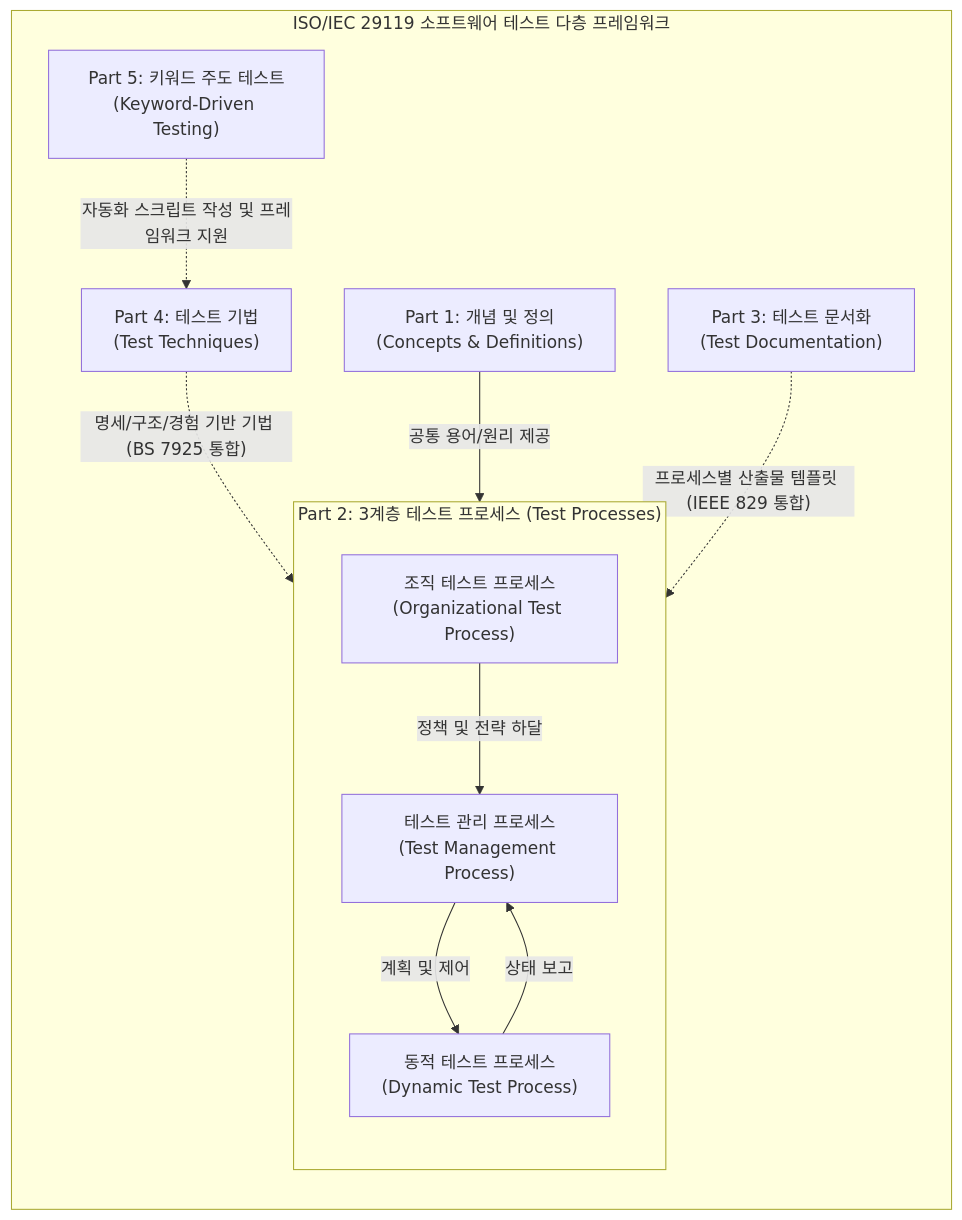
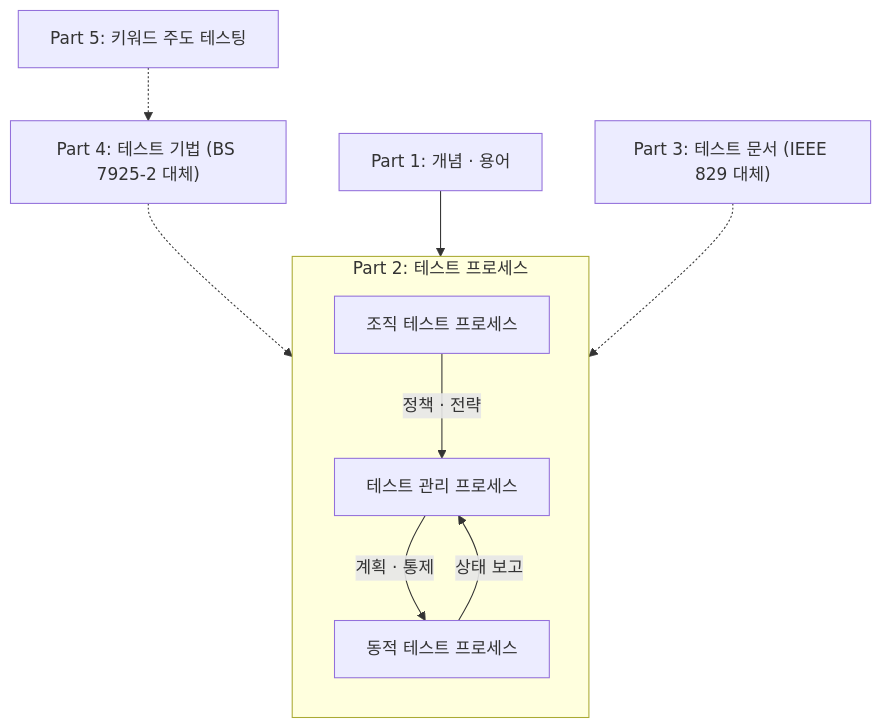
Before and after one commit to supremethumb/supremethumb.github.io: the diagram in content/01_IT Tech/ISO 29119.md, drawn with Mermaid. The commit also changed other lines of this file and 1087 other files, not shown here.

````diff
--- a/content/01_IT Tech/ISO 29119.md
+++ b/content/01_IT Tech/ISO 29119.md
@@ -23,27 +34,13 @@
 ```mermaid
 flowchart TB
-    subgraph ISO["ISO/IEC 29119 소프트웨어 테스트 다층 프레임워크"]
+    P1["Part 1: 개념 · 용어"] --> P2
+    subgraph P2 ["Part 2: 테스트 프로세스"]
         direction TB
-        P1["Part 1: 개념 및 정의<br/>(Concepts & Definitions)"]
-
-        subgraph P2["Part 2: 3계층 테스트 프로세스 (Test Processes)"]
-            direction TB
-            O["조직 테스트 프로세스<br/>(Organizational Test Process)"]
-            M["테스트 관리 프로세스<br/>(Test Management Process)"]
-            D["동적 테스트 프로세스<br/>(Dynamic Test Process)"]
-            O -->|"정책 및 전략 하달"| M
-            M -->|"계획 및 제어"| D
-            D -->|"상태 보고"| M
-        end
-
-        P3["Part 3: 테스트 문서화<br/>(Test Documentation)"]
-        P4["Part 4: 테스트 기법<br/>(Test Techniques)"]
-        P5["Part 5: 키워드 주도 테스트<br/>(Keyword-Driven Testing)"]
-
-        P1 -->|"공통 용어/원리 제공"| P2
-        P3 -.->|"프로세스별 산출물 템플릿 (IEEE 829 통합)"| P2
-        P4 -.->|"명세/구조/경험 기반 기법 (BS 7925 통합)"| D
-        P5 -.->|"자동화 스크립트 작성 및 프레임워크 지원"| P4
+        O["조직 테스트 프로세스"] -- "정책 · 전략" --> M["테스트 관리 프로세스"]
+        M -- "계획 · 통제" --> D["동적 테스트 프로세스"]
+        D -- "상태 보고" --> M
     end
-
+    P3["Part 3: 테스트 문서 (IEEE 829 대체)"] -.-> P2
+    P4["Part 4: 테스트 기법 (BS 7925-2 대체)"] -.-> D
+    P5["Part 5: 키워드 주도 테스팅"] -.-> P4
 ```
````
